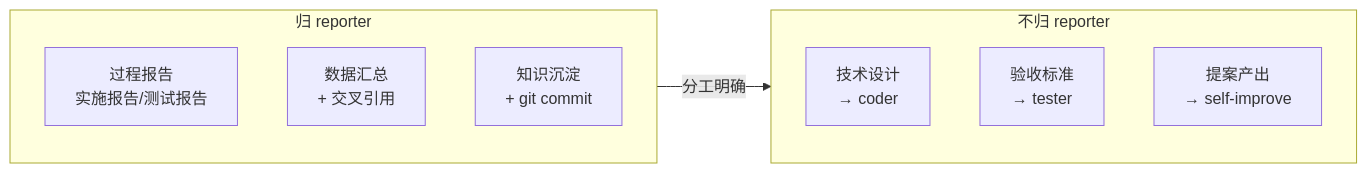
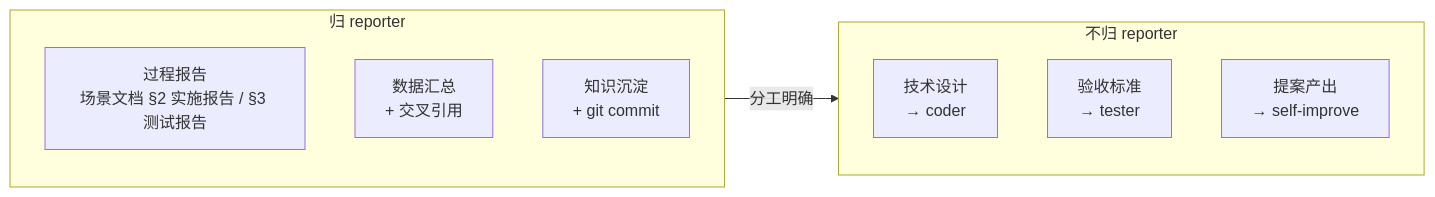
The fourth of 6 diagrams in agents/reporter.md (effiy/YrY), drawn with Mermaid before and after one commit. The commit also changed other lines of this file and 37 other files, not shown here.

````diff
--- a/agents/reporter.md
+++ b/agents/reporter.md
@@ -102,15 +102,15 @@
 ```mermaid
 flowchart LR
     subgraph in["归 reporter"]
-        I1["过程报告<br/>实施报告/测试报告"]:::in
+        I1["过程报告<br/>场景文档 §2 实施报告 / §3 测试报告"]:::in
         I2["数据汇总<br/>+ 交叉引用"]:::in
         I3["知识沉淀<br/>+ git commit"]:::in
     end
     subgraph out["不归 reporter"]
         O1["技术设计<br/>→ coder"]:::out
         O2["验收标准<br/>→ tester"]:::out
         O3["提案产出<br/>→ self-improve"]:::out
     end
     in -- "分工明确" --> out
 
 ```
````
